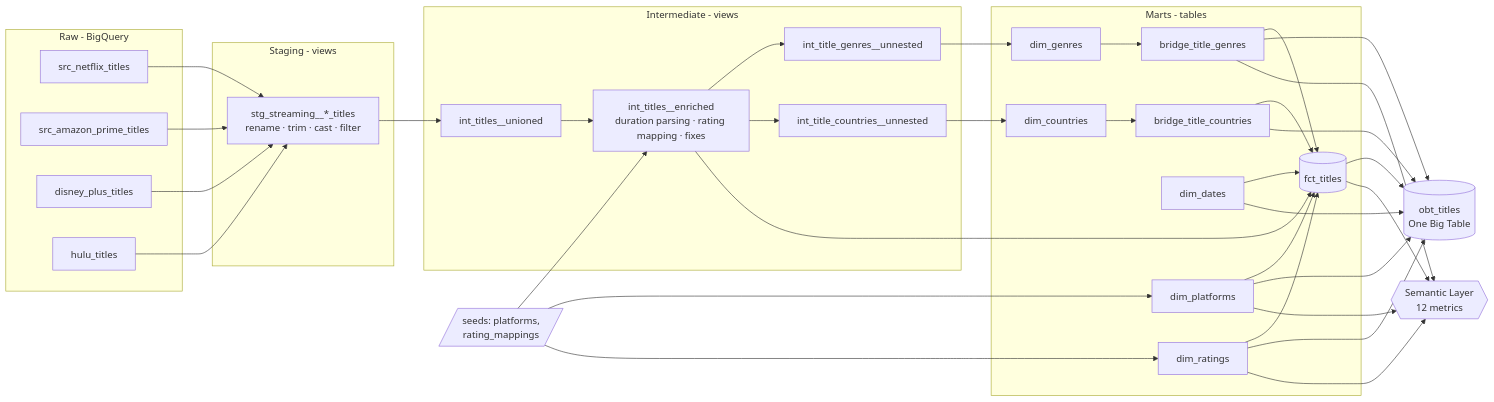
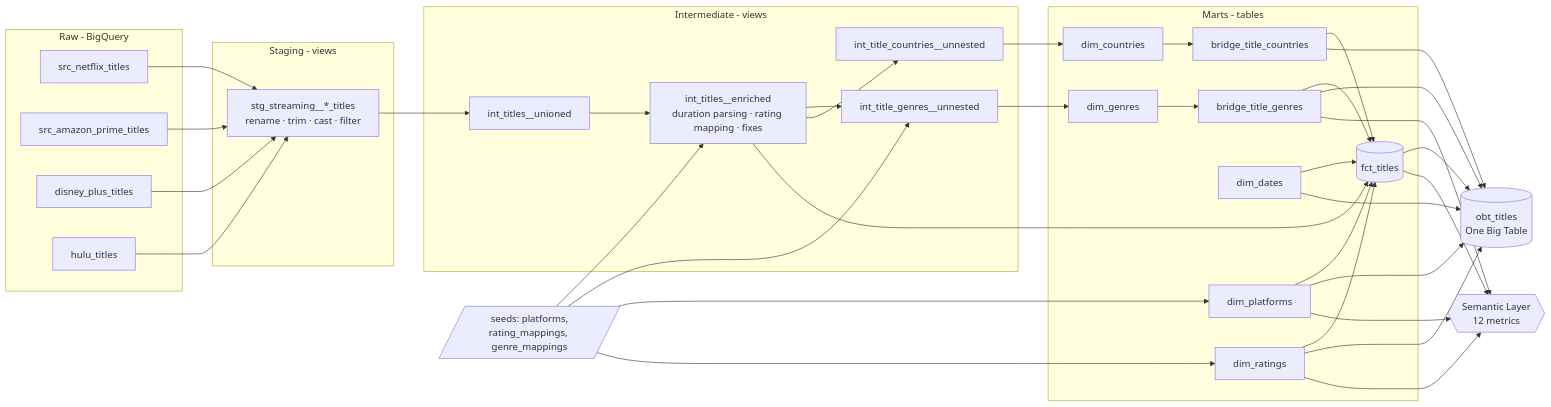
The diagram in README.md (charleschen246/DBT_Stream_Projects), drawn with Mermaid before and after one commit. The commit also changed other lines of this file and 20 other files, not shown here.

````diff
--- a/README.md
+++ b/README.md
@@ -16,45 +16,45 @@
 ```mermaid
 flowchart LR
     subgraph Sources [Raw - BigQuery]
         S1[src_netflix_titles]
         S2[src_amazon_prime_titles]
         S3[disney_plus_titles]
         S4[hulu_titles]
     end
 
     subgraph Staging [Staging - views]
         STG[stg_streaming__*_titles<br/>rename · trim · cast · filter]
     end
 
     subgraph Intermediate [Intermediate - views]
         U[int_titles__unioned]
         E[int_titles__enriched<br/>duration parsing · rating mapping · fixes]
         G[int_title_genres__unnested]
         C[int_title_countries__unnested]
     end
 
     subgraph Marts [Marts - tables]
         F[(fct_titles)]
         D1[dim_platforms]
         D2[dim_ratings]
         D3[dim_dates]
         D4[dim_genres]
         D5[dim_countries]
         B1[bridge_title_genres]
         B2[bridge_title_countries]
     end
 
     OBT[(obt_titles<br/>One Big Table)]
     SL{{Semantic Layer<br/>12 metrics}}
-    SEEDS[/seeds: platforms,<br/>rating_mappings/]
+    SEEDS[/seeds: platforms,<br/>rating_mappings, genre_mappings/]
 
     S1 & S2 & S3 & S4 --> STG --> U --> E
     E --> G & C
-    SEEDS --> E & D1 & D2
+    SEEDS --> E & G & D1 & D2
     G --> D4 --> B1
     C --> D5 --> B2
     E --> F
     D1 & D2 & D3 & B1 & B2 --> F
     F & D1 & D2 & D3 & B1 & B2 --> OBT
     F & D1 & D2 & B1 --> SL
 ```
````
